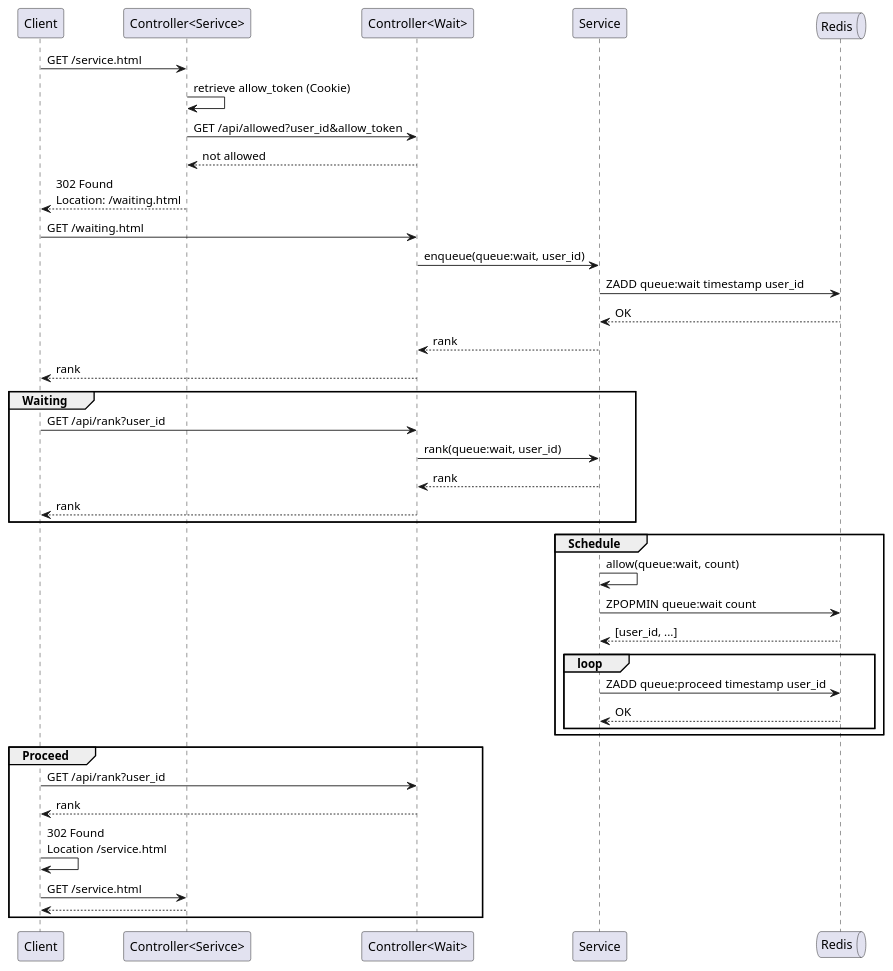
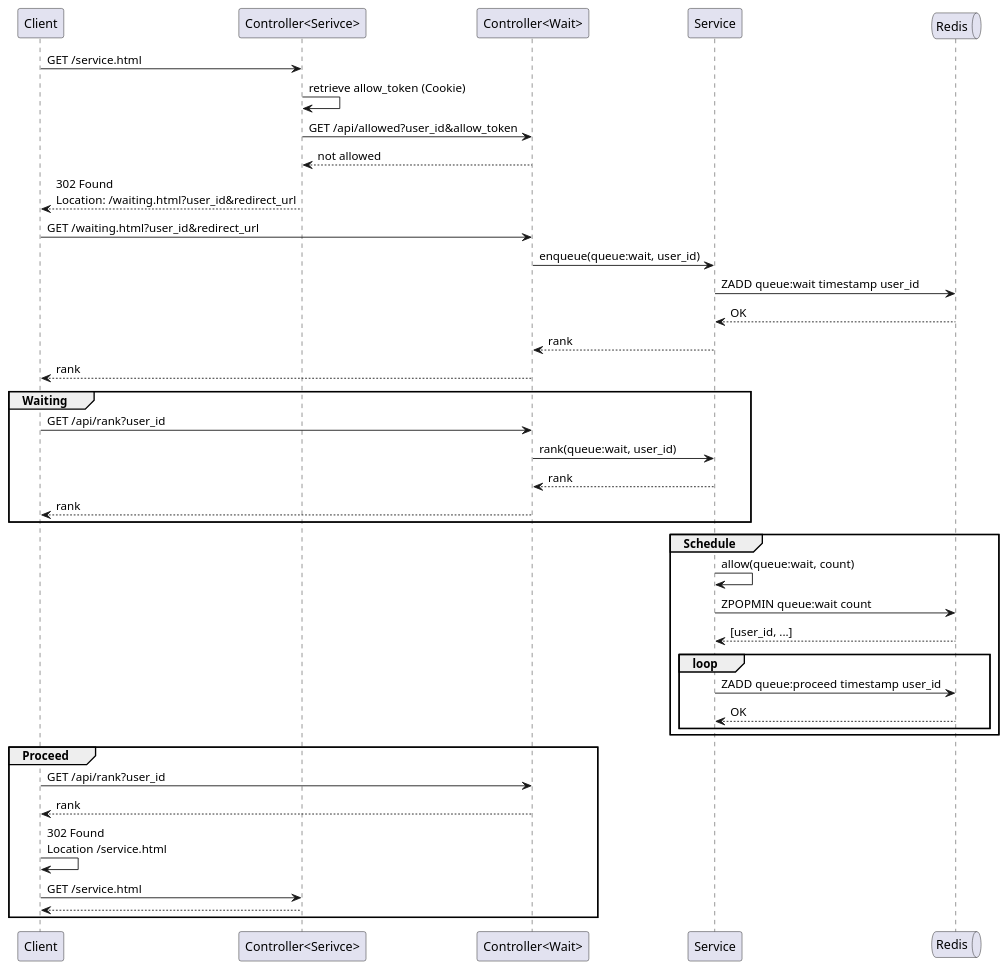
Before and after one commit to yanghoon/obsidian-workspace: the diagram in _diary/2024-06-08.md, drawn with PlantUML.

Commit message:
vault backup: 2024-06-09 19:40:07

````diff
--- a/_diary/2024-06-08.md
+++ b/_diary/2024-06-08.md
@@ -11,49 +11,49 @@
 ```plantuml
 @startuml
 
 participant Client
 participant "Controller<Serivce>" as ServiceController
 participant "Controller<Wait>" as Controller
 participant Service
 queue Redis
 
 Client -> ServiceController: GET /service.html
   ServiceController -> ServiceController: retrieve allow_token (Cookie)
   ServiceController -> Controller: GET /api/allowed?user_id&allow_token
   ServiceController <-- Controller: not allowed
-Client <-- ServiceController: 302 Found\nLocation: /waiting.html
+Client <-- ServiceController: 302 Found\nLocation: /waiting.html?user_id&redirect_url
 
-Client -> Controller: GET /waiting.html
+Client -> Controller: GET /waiting.html?user_id&redirect_url
   Controller -> Service: enqueue(queue:wait, user_id)
     Service -> Redis: ZADD queue:wait timestamp user_id
     Service <-- Redis: OK
   Controller <-- Service: rank
 Client <-- Controller: rank
 
 group Waiting
   Client -> Controller: GET /api/rank?user_id
     Controller -> Service: rank(queue:wait, user_id)
     Controller <-- Service: rank
   Client <-- Controller: rank
 end
 
 group Schedule
   Service -> Service: allow(queue:wait, count)
   Service -> Redis: ZPOPMIN queue:wait count
   Service <-- Redis: [user_id, ...]
   loop
     Service -> Redis: ZADD queue:proceed timestamp user_id
     Service <-- Redis: OK
   end
 end
 
 group Proceed
   Client -> Controller: GET /api/rank?user_id
   Client <-- Controller: rank
   Client -> Client: 302 Found\nLocation /service.html
   Client -> ServiceController: GET /service.html
   Client <-- ServiceController
 end
 
 @enduml
 ```
````
